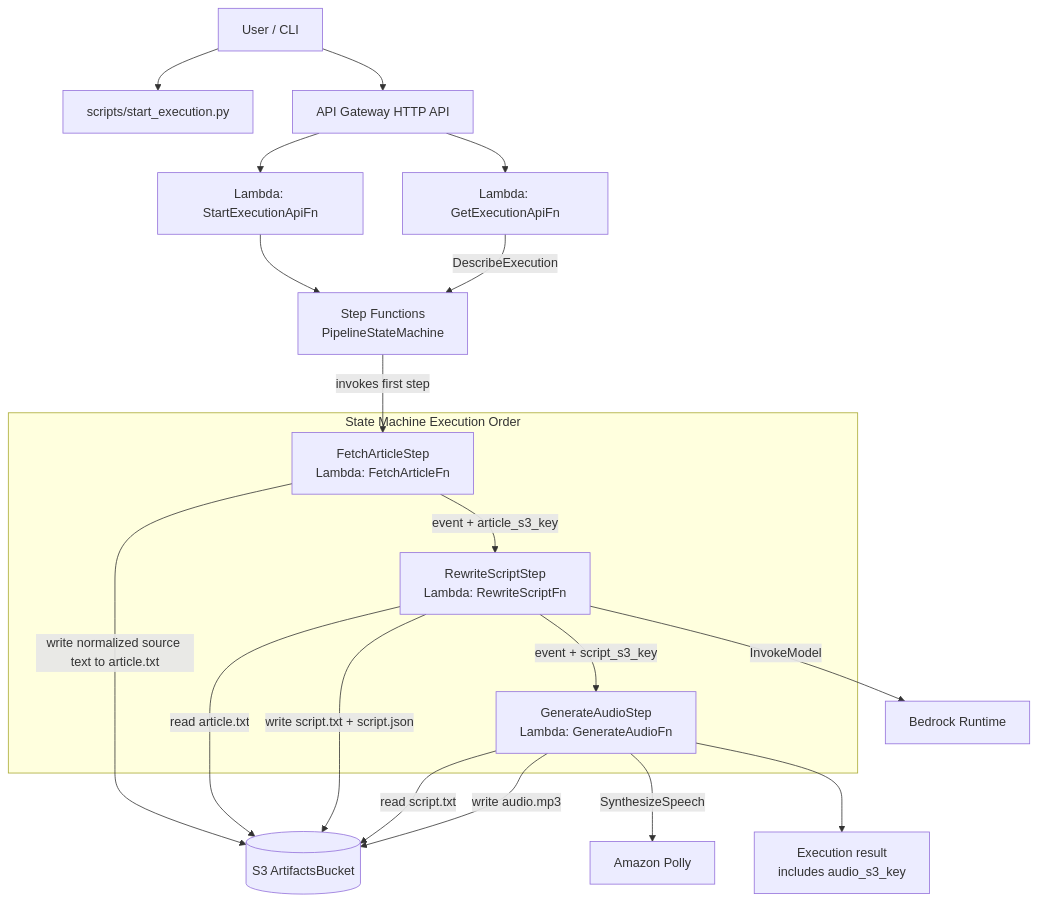
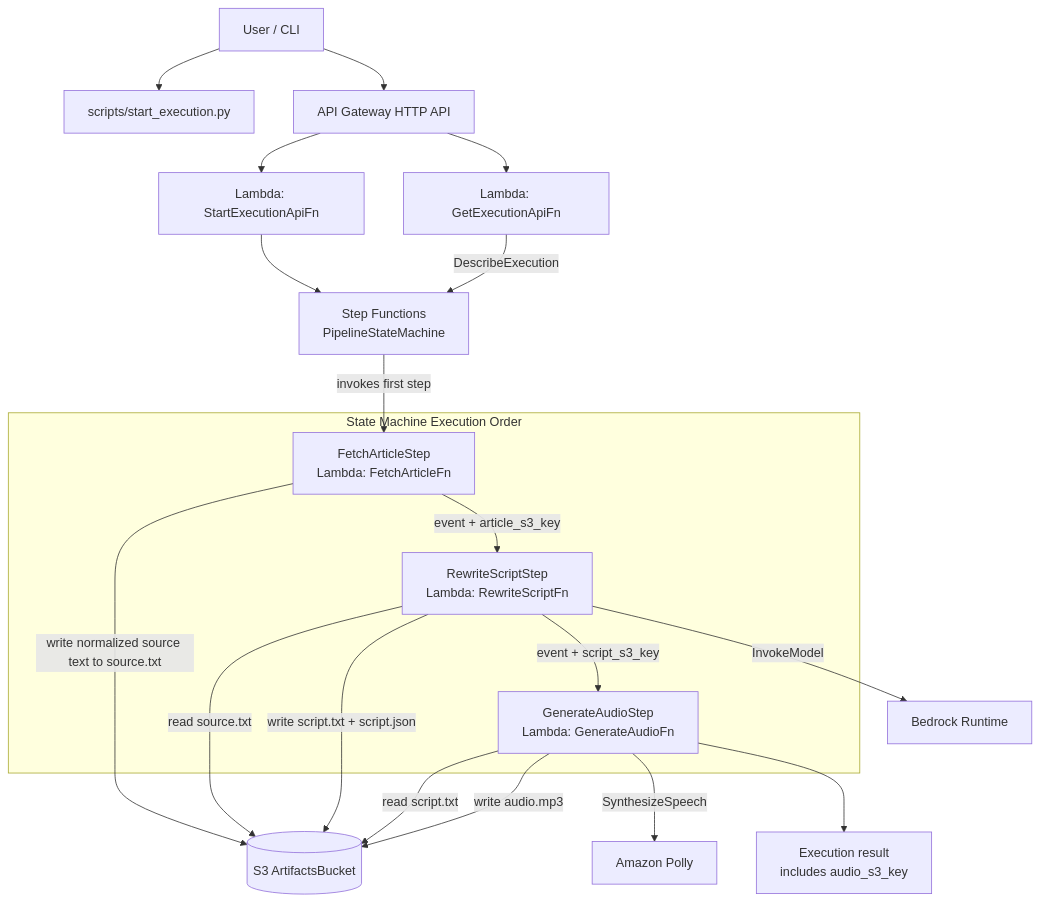
Before and after one commit to HusamMTU/PodcastAnything: the diagram in infra/INFRA.md, drawn with Mermaid. The commit also changed 5 other files, not shown here.

Commit message:
Rename source artifact file to source.txt

````diff
--- a/infra/INFRA.md
+++ b/infra/INFRA.md
@@ -64,29 +64,29 @@
 ```mermaid
 flowchart TD
   U[User / CLI] --> SE[scripts/start_execution.py]
   U --> API[API Gateway HTTP API]
   API --> SAE[Lambda: StartExecutionApiFn]
   API --> GES[Lambda: GetExecutionApiFn]
   SAE --> SFN[Step Functions\nPipelineStateMachine]
   GES -->|DescribeExecution| SFN
 
   subgraph PIPE[State Machine Execution Order]
     F[FetchArticleStep\nLambda: FetchArticleFn]
     R[RewriteScriptStep\nLambda: RewriteScriptFn]
     G[GenerateAudioStep\nLambda: GenerateAudioFn]
     F -->|event + article_s3_key| R
     R -->|event + script_s3_key| G
   end
 
   SFN -->|invokes first step| F
   G --> DONE[Execution result\nincludes audio_s3_key]
 
-  F -->|write normalized source text to article.txt| S3[(S3 ArtifactsBucket)]
-  R -->|read article.txt| S3
+  F -->|write normalized source text to source.txt| S3[(S3 ArtifactsBucket)]
+  R -->|read source.txt| S3
   R -->|write script.txt + script.json| S3
   G -->|read script.txt| S3
   G -->|write audio.mp3| S3
 
   R -->|InvokeModel| BR[Bedrock Runtime]
   G -->|SynthesizeSpeech| P[Amazon Polly]
 ```
````
